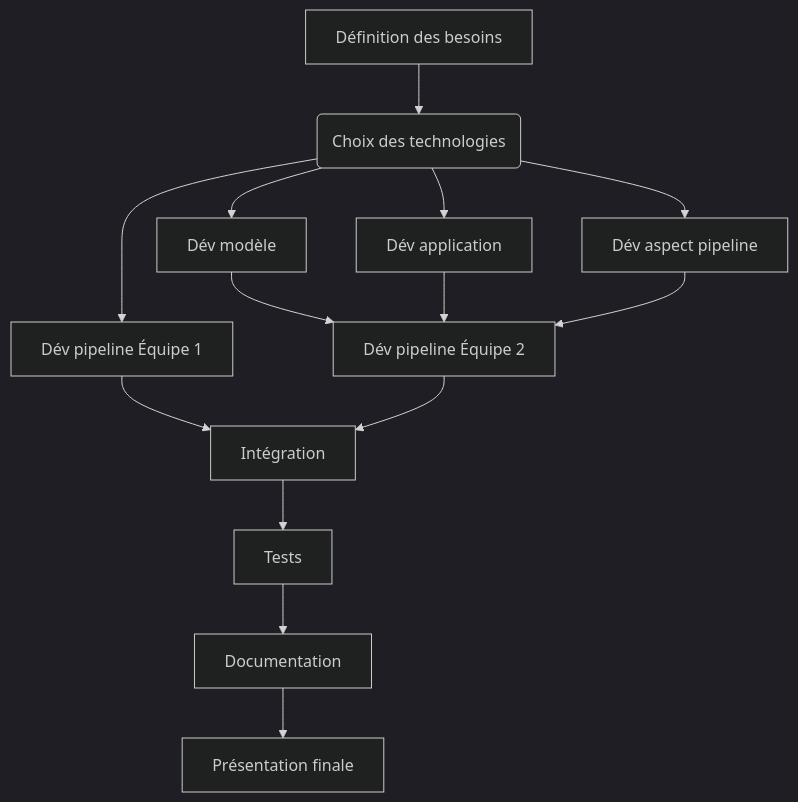
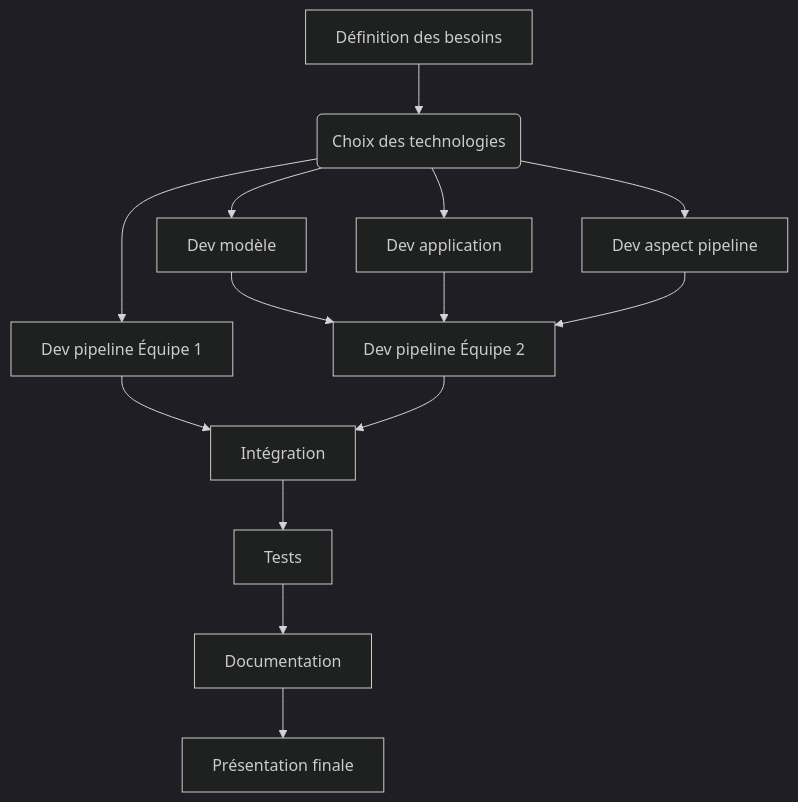
The second of 3 diagrams in project_mgmt/report.md (ODAncona/MachLeData_Project), drawn with Mermaid (dark theme) before and after one commit. The commit also changed other lines of this file, not shown here.

````diff
--- a/project_mgmt/report.md
+++ b/project_mgmt/report.md
@@ -114,13 +165,13 @@
 ```mermaid
 graph TD
     A[Définition des besoins] --> B(Choix des technologies)
-    B --> C1[Dév pipeline Équipe 1]
-    B --> C2[Dév modèle]
-    B --> C3[Dév application]
-    B --> C4[Dév aspect pipeline]
-    C2 & C3 & C4 --> D[Dév pipeline Équipe 2]
+    B --> C1[Dev pipeline Équipe 1]
+    B --> C2[Dev modèle]
+    B --> C3[Dev application]
+    B --> C4[Dev aspect pipeline]
+    C2 & C3 & C4 --> D[Dev pipeline Équipe 2]
     C1 & D --> E[Intégration]
     E --> F[Tests]
     F --> G[Documentation]
     G --> H[Présentation finale]
 ```
````
